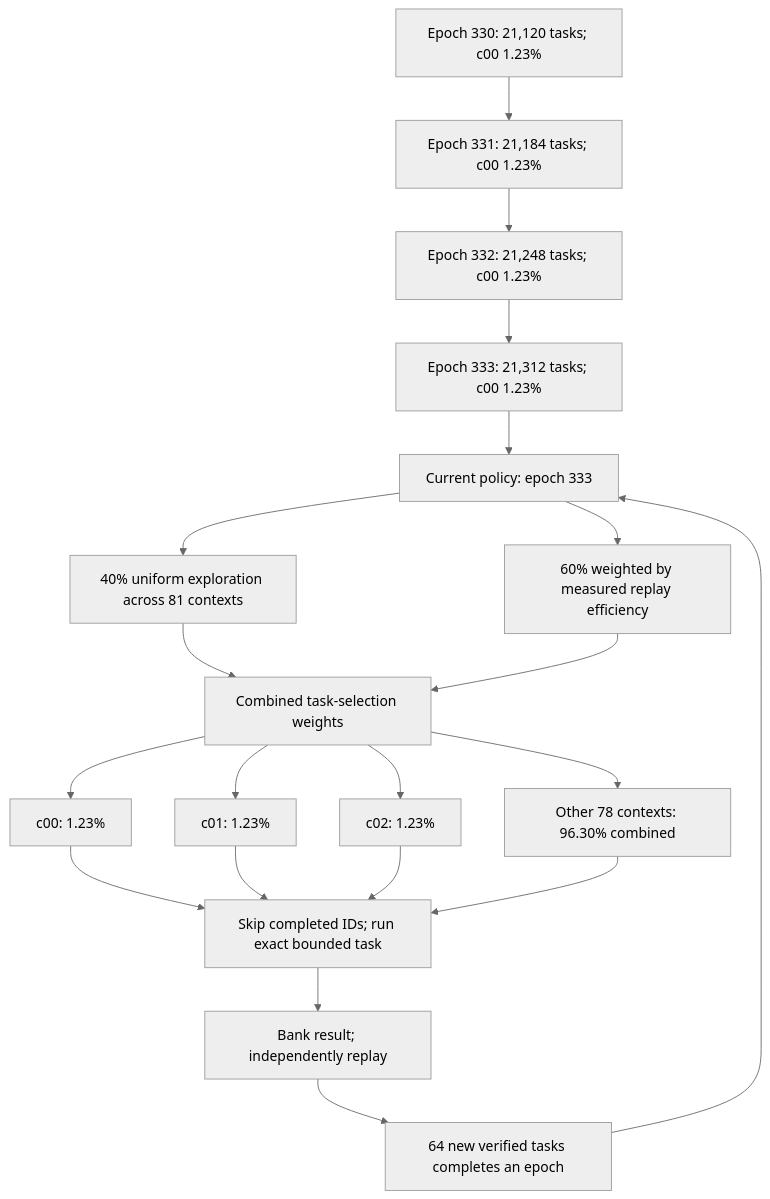
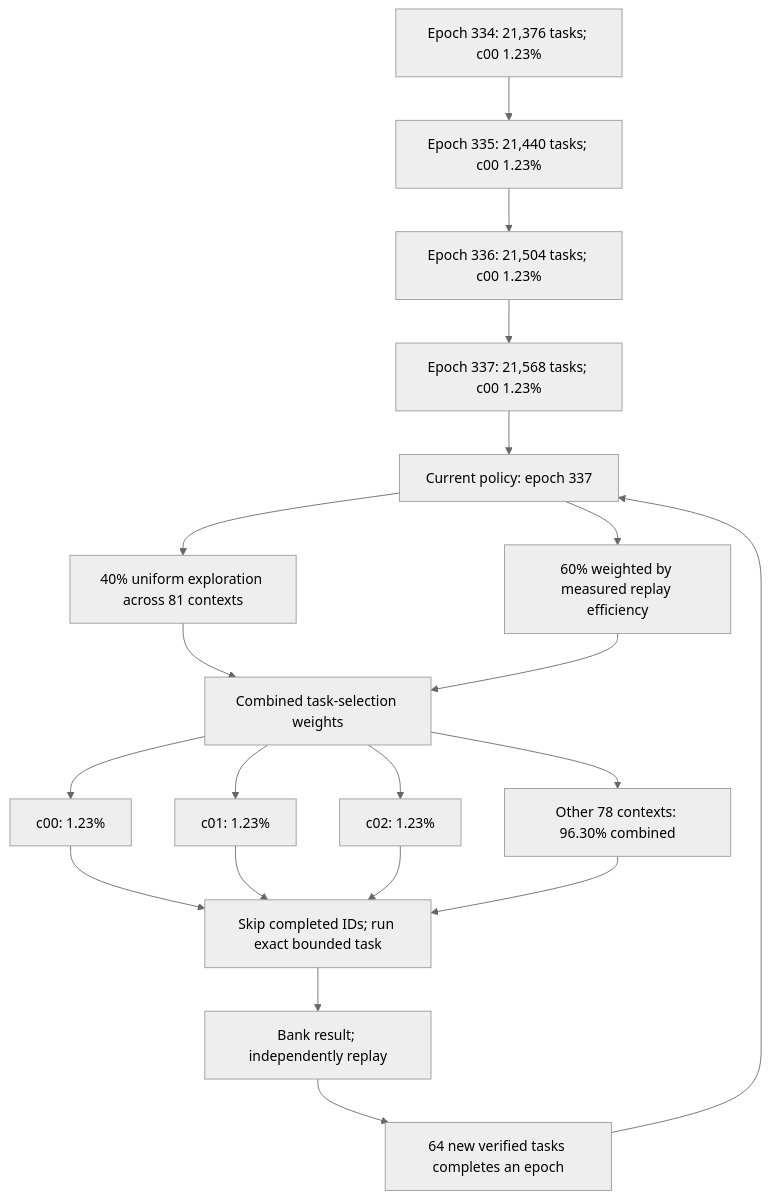
One commit to Kuberwastaken/math-gambling changed the first of 2 diagrams in README.md. Above: the diagram before and after it, drawn with Mermaid (neutral theme). The commit also changed other lines of this file and 601 other files, not shown here.

````diff
--- a/README.md
+++ b/README.md
@@ -49,27 +49,27 @@
 ```mermaid
 flowchart TD
-    H0["Epoch 330: 21,120 tasks; c00 1.23%"]
-    H1["Epoch 331: 21,184 tasks; c00 1.23%"]
+    H0["Epoch 334: 21,376 tasks; c00 1.23%"]
+    H1["Epoch 335: 21,440 tasks; c00 1.23%"]
     H0 --> H1
-    H2["Epoch 332: 21,248 tasks; c00 1.23%"]
+    H2["Epoch 336: 21,504 tasks; c00 1.23%"]
     H1 --> H2
-    H3["Epoch 333: 21,312 tasks; c00 1.23%"]
+    H3["Epoch 337: 21,568 tasks; c00 1.23%"]
     H2 --> H3
-    Policy["Current policy: epoch 333"]
+    Policy["Current policy: epoch 337"]
     H3 --> Policy
     Policy --> Explore["40% uniform exploration across 81 contexts"]
     Policy --> Cost["60% weighted by measured replay efficiency"]
     Explore --> Mix["Combined task-selection weights"]
     Cost --> Mix
     Mix --> C0["c00: 1.23%"]
     Mix --> C1["c01: 1.23%"]
     Mix --> C2["c02: 1.23%"]
     Mix --> Rest["Other 78 contexts: 96.30% combined"]
     C0 --> Check["Skip completed IDs; run exact bounded task"]
     C1 --> Check
     C2 --> Check
     Rest --> Check
     Check --> Replay["Bank result; independently replay"]
     Replay --> Gate["64 new verified tasks completes an epoch"]
     Gate --> Policy
 ```
````
